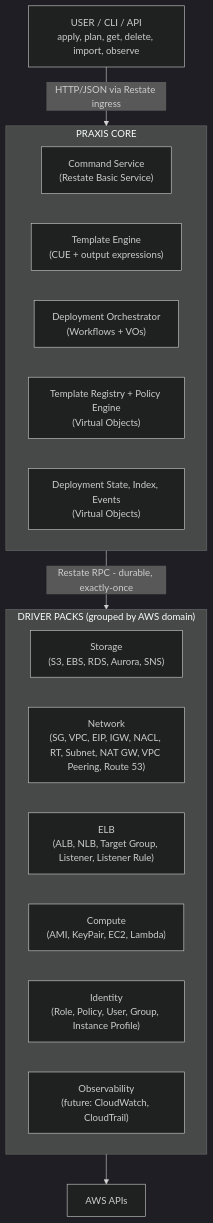
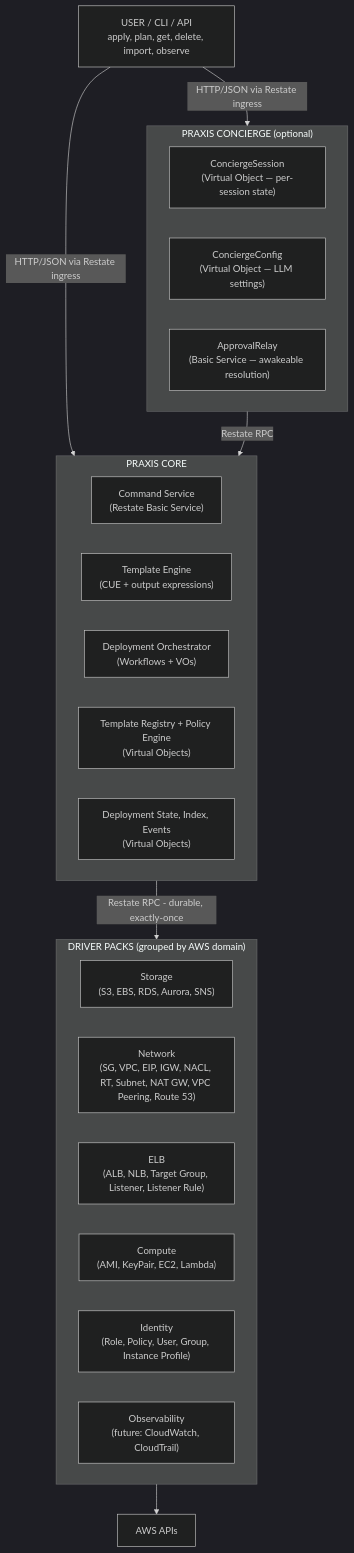
The first of 5 diagrams in docs/ARCHITECTURE.md (shirvan/praxis), drawn with Mermaid (dark theme) before and after one commit. The commit also changed other lines of this file and 42 other files, not shown here.

````diff
--- a/docs/ARCHITECTURE.md
+++ b/docs/ARCHITECTURE.md
@@ -17,27 +17,37 @@
 ```mermaid
 graph TD
     User["USER / CLI / API<br/>apply, plan, get, delete, import, observe"]
 
     User -->|"HTTP/JSON via Restate ingress"| Core
 
     subgraph Core["PRAXIS CORE"]
         CS["Command Service<br/>(Restate Basic Service)"]
         TE["Template Engine<br/>(CUE + output expressions)"]
         DO["Deployment Orchestrator<br/>(Workflows + VOs)"]
         TR["Template Registry + Policy Engine<br/>(Virtual Objects)"]
         DS["Deployment State, Index, Events<br/>(Virtual Objects)"]
     end
 
+    User -->|"HTTP/JSON via Restate ingress"| Concierge
+
+    subgraph Concierge["PRAXIS CONCIERGE (optional)"]
+        CS2["ConciergeSession<br/>(Virtual Object — per-session state)"]
+        CC["ConciergeConfig<br/>(Virtual Object — LLM settings)"]
+        AR["ApprovalRelay<br/>(Basic Service — awakeable resolution)"]
+    end
+
+    Concierge -->|"Restate RPC"| Core
+
     Core -->|"Restate RPC - durable, exactly-once"| Drivers
 
     subgraph Drivers["DRIVER PACKS (grouped by AWS domain)"]
         Storage["Storage<br/>(S3, EBS, RDS, Aurora, SNS)"]
         Network["Network<br/>(SG, VPC, EIP, IGW, NACL, RT, Subnet, NAT GW, VPC Peering, Route 53)"]
         ELB["ELB<br/>(ALB, NLB, Target Group, Listener, Listener Rule)"]
         Compute["Compute<br/>(AMI, KeyPair, EC2, Lambda)"]
         IAM["Identity<br/>(Role, Policy, User, Group, Instance Profile)"]
         Observability["Observability<br/>(future: CloudWatch, CloudTrail)"]
     end
 
     Drivers --> AWS["AWS APIs"]
 ```
````
